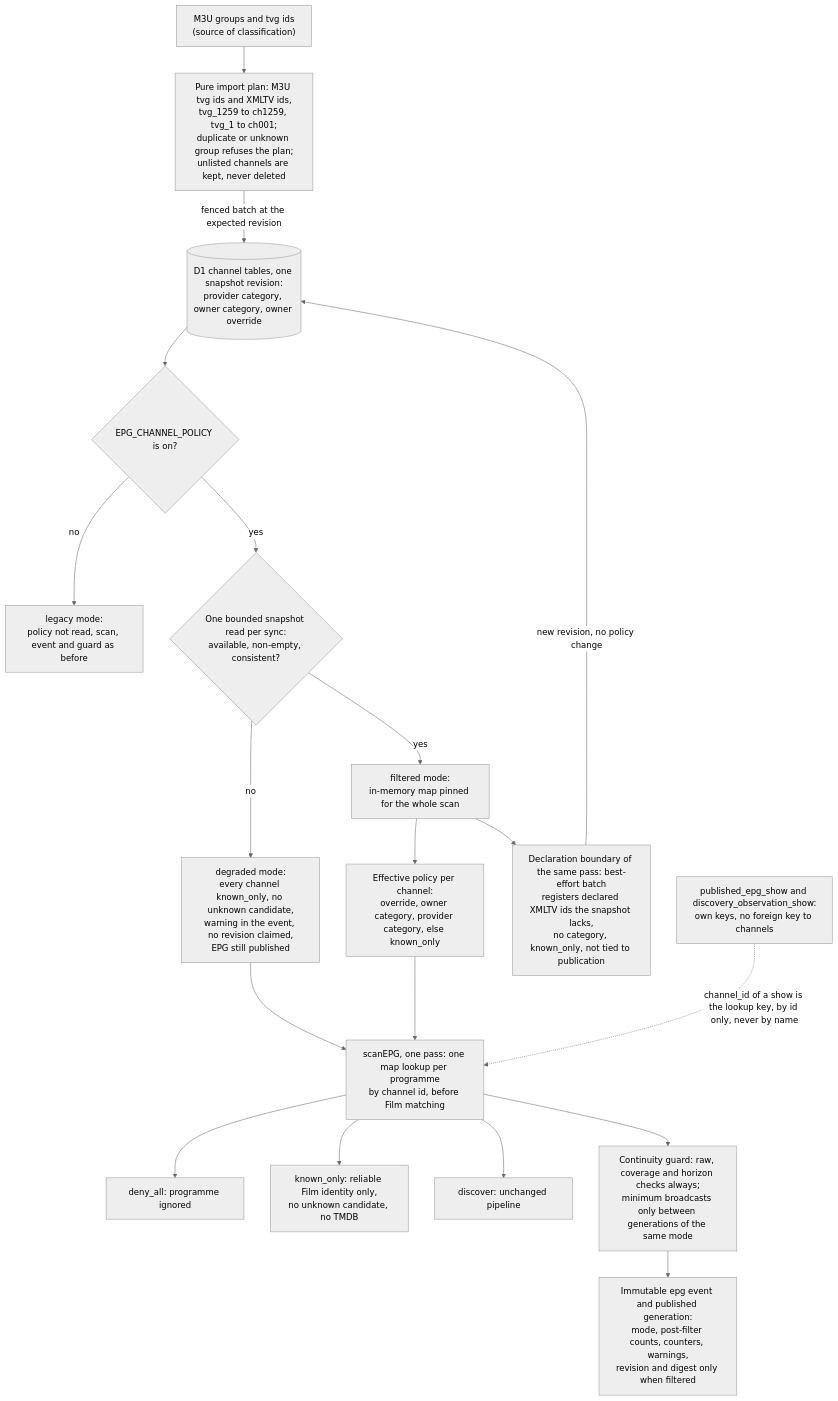
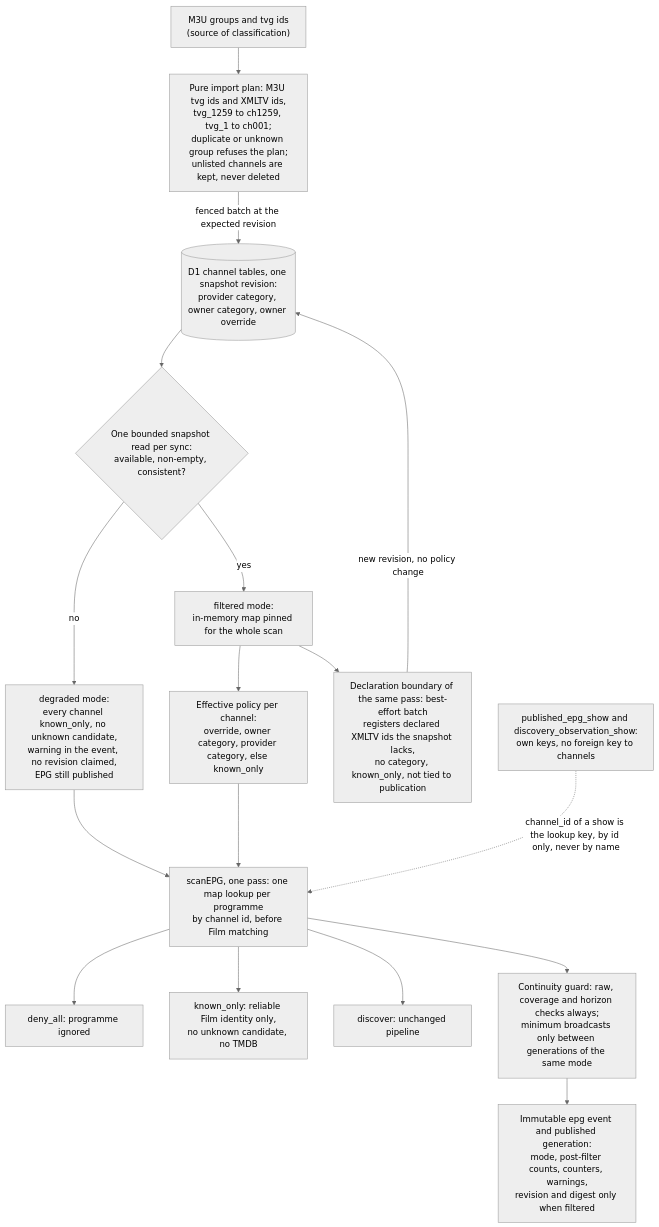
The seventh of 7 diagrams in docs/architecture/epg-and-availability.md (vladimino/iptv-watchlist), drawn with Mermaid (neutral theme) before and after one commit. The commit also changed other lines of this file and 21 other files, not shown here.

First line of the commit message:
AIR-565: retire EPG_CHANNEL_POLICY, apply Channel policy to every EPG scan (#903)

````diff
--- a/docs/architecture/epg-and-availability.md
+++ b/docs/architecture/epg-and-availability.md
@@ -193,33 +193,29 @@
 ```mermaid
 flowchart TD
     m3u["M3U groups and tvg ids<br/>(source of classification)"]
     plan["Pure import plan: M3U tvg ids and XMLTV ids,<br/>tvg_1259 to ch1259, tvg_1 to ch001;<br/>duplicate or unknown group refuses the plan;<br/>unlisted channels are kept, never deleted"]
     tables[("D1 channel tables, one snapshot revision:<br/>provider category, owner category, owner override")]
-    gate{"EPG_CHANNEL_POLICY is on?"}
-    legacy["legacy mode:<br/>policy not read, scan, event and guard as before"]
     snapshot{"One bounded snapshot read per sync:<br/>available, non-empty, consistent?"}
     degraded["degraded mode:<br/>every channel known_only, no unknown candidate,<br/>warning in the event, no revision claimed,<br/>EPG still published"]
     filtered["filtered mode:<br/>in-memory map pinned for the whole scan"]
     derive["Effective policy per channel:<br/>override, owner category, provider category, else known_only"]
     scan["scanEPG, one pass: one map lookup per programme<br/>by channel id, before Film matching"]
     deny["deny_all: programme ignored"]
     known["known_only: reliable Film identity only,<br/>no unknown candidate, no TMDB"]
     disc["discover: unchanged pipeline"]
     register["Declaration boundary of the same pass: best-effort batch<br/>registers declared XMLTV ids the snapshot lacks,<br/>no category, known_only, not tied to publication"]
     event["Immutable epg event and published generation:<br/>mode, post-filter counts, counters, warnings,<br/>revision and digest only when filtered"]
     guard["Continuity guard: raw, coverage and horizon checks always;<br/>minimum broadcasts only between generations of the same mode"]
     shows["published_epg_show and discovery_observation_show:<br/>own keys, no foreign key to channels"]
-    m3u --> plan -->|"fenced batch at the expected revision"| tables --> gate
-    gate -->|"no"| legacy
-    gate -->|"yes"| snapshot
+    m3u --> plan -->|"fenced batch at the expected revision"| tables --> snapshot
     snapshot -->|"no"| degraded
     snapshot -->|"yes"| filtered --> derive --> scan
     degraded --> scan
     scan --> deny
     scan --> known
     scan --> disc
     filtered --> register
     register -->|"new revision, no policy change"| tables
     scan --> guard --> event
     shows -.->|"channel_id of a show is the lookup key, by id only, never by name"| scan
 ```
````
